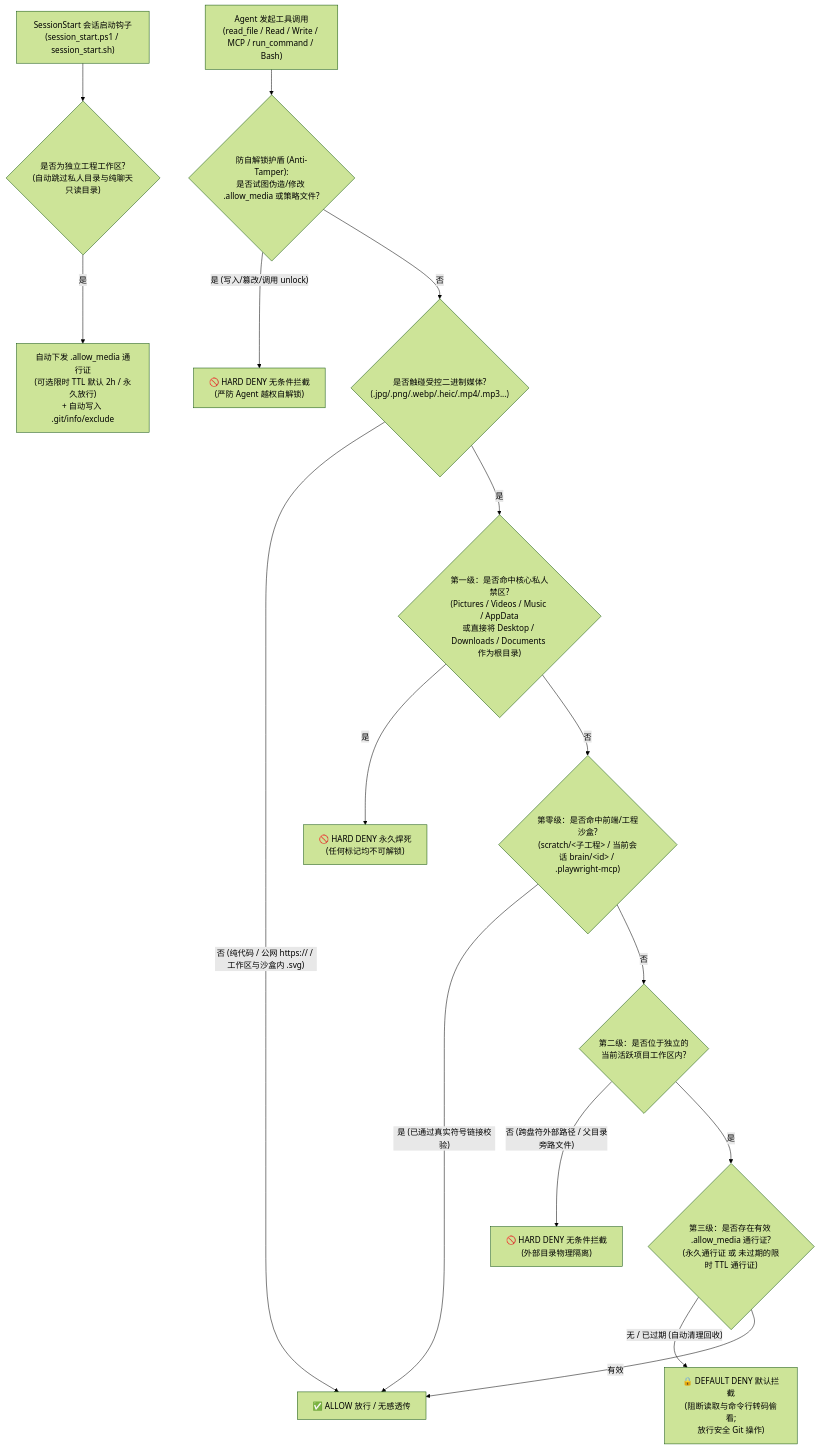
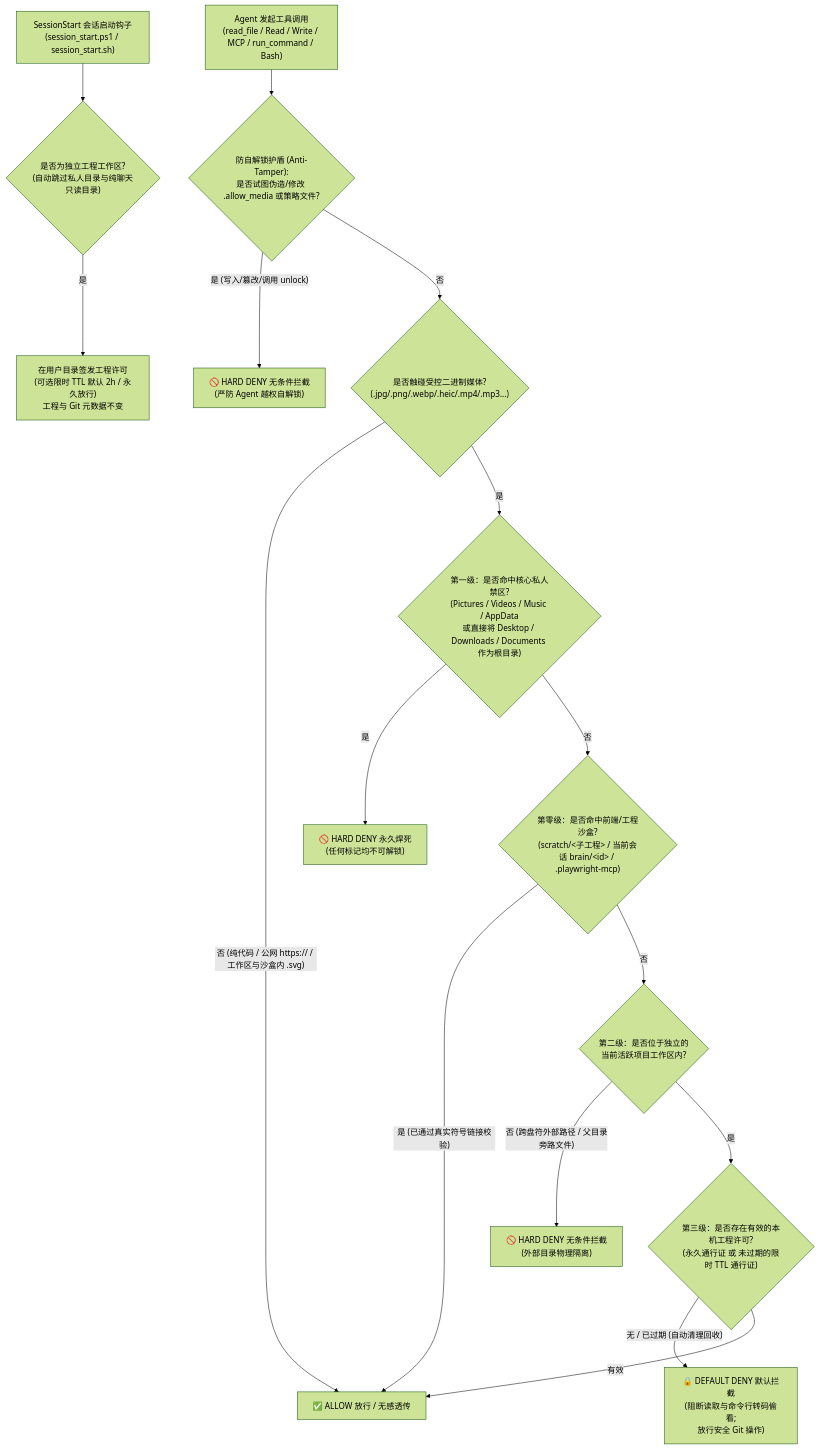
One commit to zanex-dev/agent-blindfold changed the diagram in README_zh.md. Above: the diagram before and after it, drawn with Mermaid (forest theme). The commit also changed other lines of this file and 26 other files, not shown here.

````diff
--- a/README_zh.md
+++ b/README_zh.md
@@ -39,19 +46,19 @@
 ```mermaid
 flowchart TD
     S["SessionStart 会话启动钩子<br/>(session_start.ps1 / session_start.sh)"] --> S1{"是否为独立工程工作区?<br/>(自动跳过私人目录与纯聊天只读目录)"}
-    S1 -- "是" --> S2["自动下发 .allow_media 通行证<br/>(可选限时 TTL 默认 2h / 永久放行)<br/>+ 自动写入 .git/info/exclude"]
+    S1 -- "是" --> S2["在用户目录签发工程许可<br/>(可选限时 TTL 默认 2h / 永久放行)<br/>工程与 Git 元数据不变"]
 
     A["Agent 发起工具调用<br/>(read_file / Read / Write / MCP / run_command / Bash)"] --> T{"防自解锁护盾 (Anti-Tamper):<br/>是否试图伪造/修改 .allow_media 或策略文件?"}
     T -- "是 (写入/篡改/调用 unlock)" --> DENYT["🚫 HARD DENY 无条件拦截<br/>(严防 Agent 越权自解锁)"]
     T -- "否" --> C{"是否触碰受控二进制媒体?<br/>(.jpg/.png/.webp/.heic/.mp4/.mp3...)"}
     C -- "否 (纯代码 / 公网 https:// / 工作区与沙盒内 .svg)" --> ALLOW["✅ ALLOW 放行 / 无感透传"]
     C -- "是" --> D{"第一级：是否命中核心私人禁区?<br/>(Pictures / Videos / Music / AppData<br/>或直接将 Desktop / Downloads / Documents 作为根目录)"}
     D -- "是" --> DENY1["🚫 HARD DENY 永久焊死<br/>(任何标记均不可解锁)"]
     D -- "否" --> E0{"第零级：是否命中前端/工程沙盒?<br/>(scratch/&lt;子工程&gt; / 当前会话 brain/&lt;id&gt; / .playwright-mcp)"}
     E0 -- "是 (已通过真实符号链接校验)" --> ALLOW
     E0 -- "否" --> E{"第二级：是否位于独立的<br/>当前活跃项目工作区内?"}
     E -- "否 (跨盘符外部路径 / 父目录旁路文件)" --> DENY2["🚫 HARD DENY 无条件拦截<br/>(外部目录物理隔离)"]
-    E -- "是" --> F{"第三级：是否存在有效 .allow_media 通行证?<br/>(永久通行证 或 未过期的限时 TTL 通行证)"}
+    E -- "是" --> F{"第三级：是否存在有效的本机工程许可?<br/>(永久通行证 或 未过期的限时 TTL 通行证)"}
     F -- "无 / 已过期 (自动清理回收)" --> DENY3["🔒 DEFAULT DENY 默认拦截<br/>(阻断读取与命令行转码偷看;<br/>放行安全 Git 操作)"]
     F -- "有效" --> ALLOW
 ```
````
